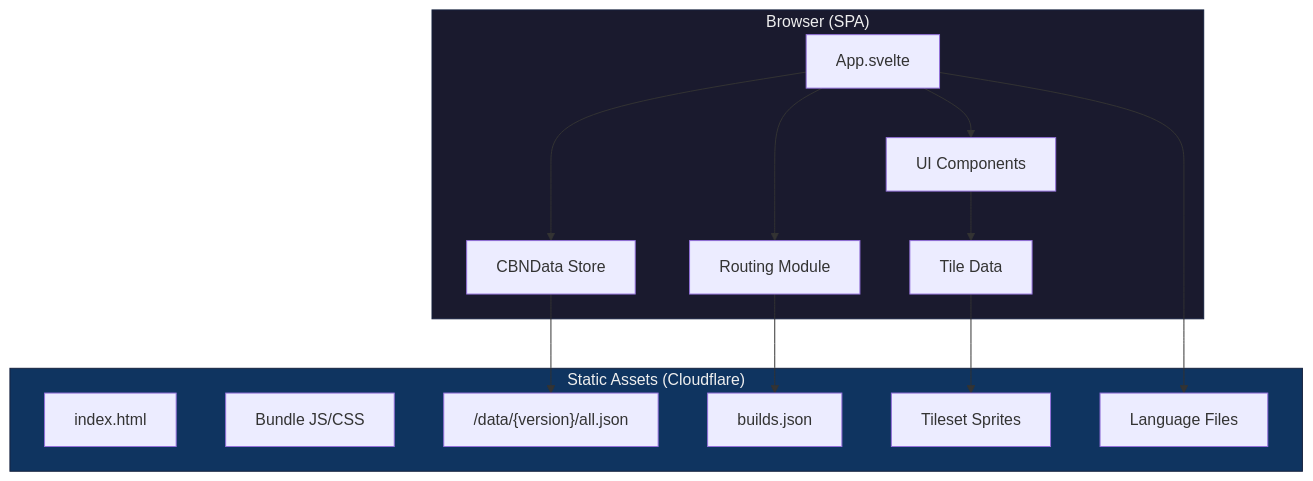
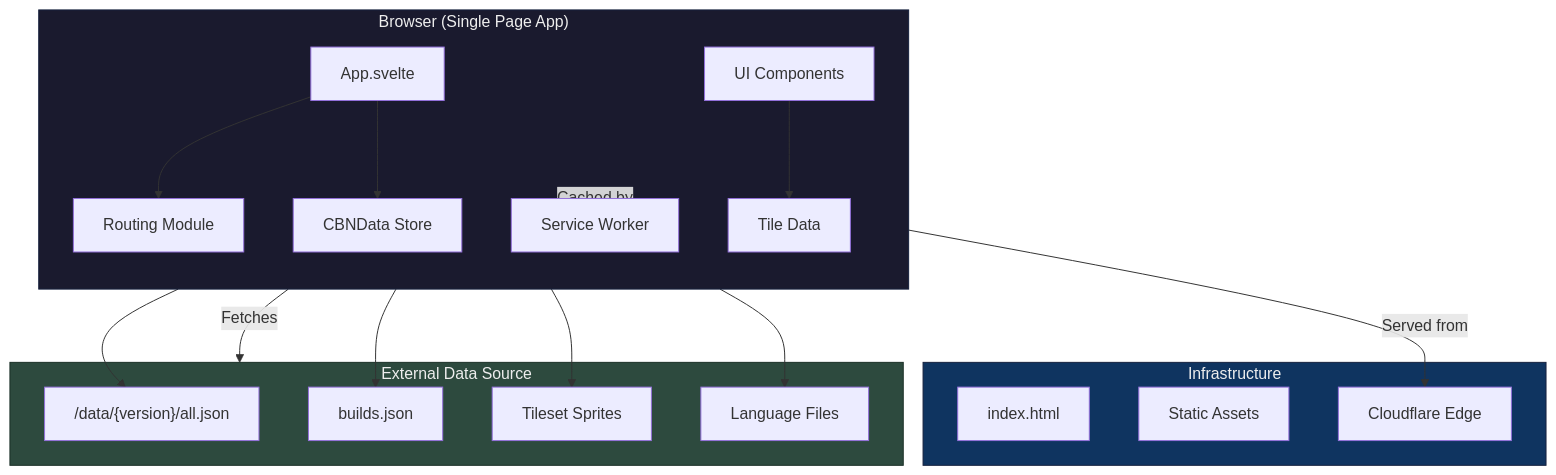
One commit to ushkinaz/cbn-guide changed the second of 8 diagrams in docs/architecture.md. Above: the diagram before and after it, drawn with Mermaid. The commit also changed other lines of this file, not shown here.

Commit message:
docs(architecture): update architecture documentation to clarify system components, data flow, and caching strategies for better understanding

````diff
--- a/docs/architecture.md
+++ b/docs/architecture.md
@@ -27,32 +28,42 @@
 ```mermaid
 flowchart TB
-    subgraph Client["Browser (SPA)"]
+    subgraph Client["Browser (Single Page App)"]
+        direction TB
         App[App.svelte]
         Router[Routing Module]
         DataStore[CBNData Store]
         Components[UI Components]
         TileData[Tile Data]
+        ServiceWorker[Service Worker]
     end
 
-    subgraph Static["Static Assets (Cloudflare)"]
+    subgraph Infrastructure["Infrastructure"]
         HTML[index.html]
-        JS[Bundle JS/CSS]
+        Assets[Static Assets]
+        Edge[Cloudflare Edge]
+    end
+
+    subgraph External["External Data Source"]
         GameData["/data/{version}/all.json"]
         Builds[builds.json]
         Tiles[Tileset Sprites]
         Langs[Language Files]
     end
 
     App --> Router
     App --> DataStore
-    App --> Components
-    Components --> TileData
 
     Router --> Builds
     DataStore --> GameData
+    Components --> TileData
     TileData --> Tiles
     App --> Langs
 
+    Client -- "Cached by" --> ServiceWorker
+    ServiceWorker -- "Served from" --> Edge
+    ServiceWorker -- "Fetches" --> External
+
     style Client fill:#1a1a2e,stroke:#16213e,color:#eee
-    style Static fill:#0f3460,stroke:#16213e,color:#eee
+    style Infrastructure fill:#0f3460,stroke:#16213e,color:#eee
+    style External fill:#2d4a3e,stroke:#1a2f26,color:#eee
 ```
````
